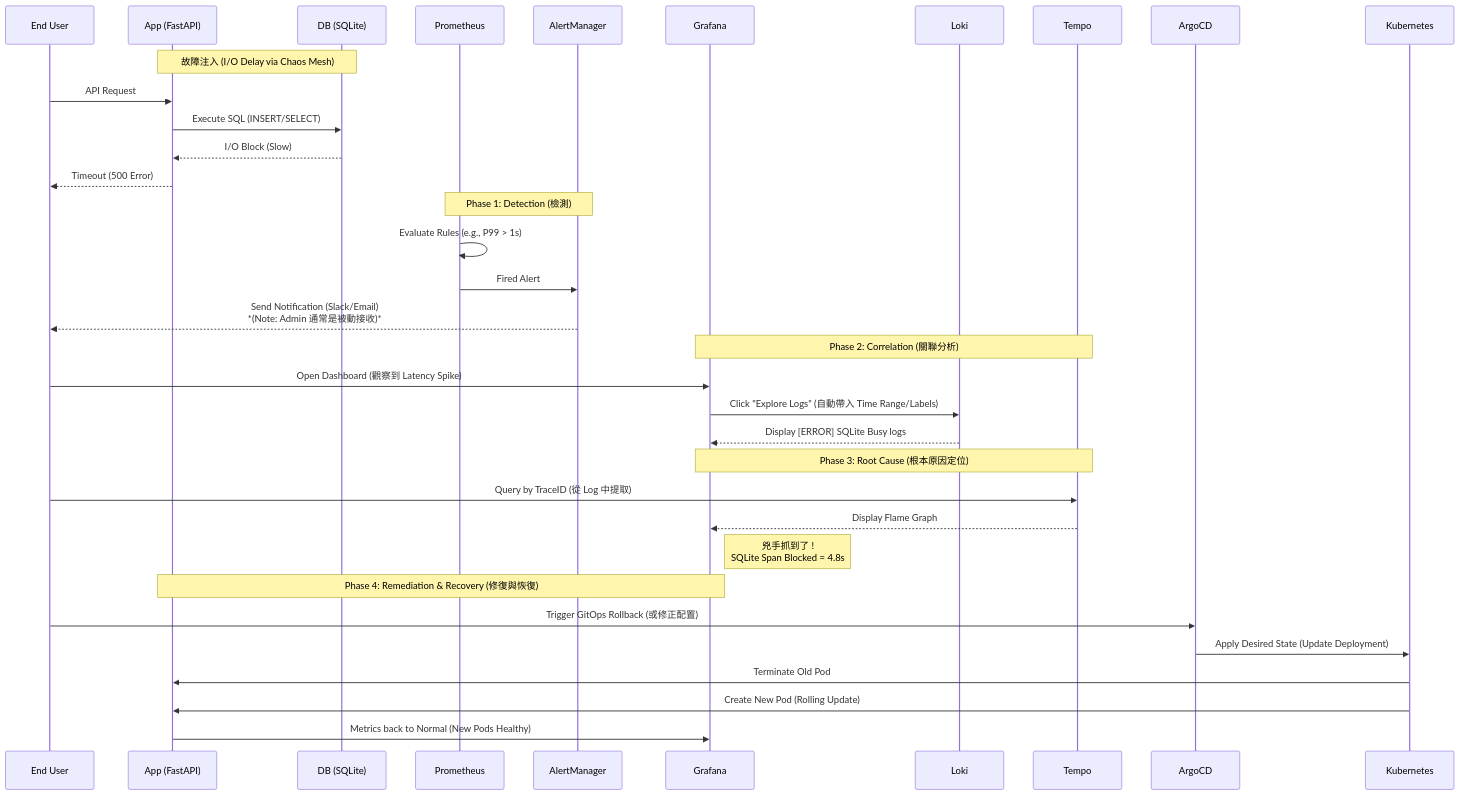
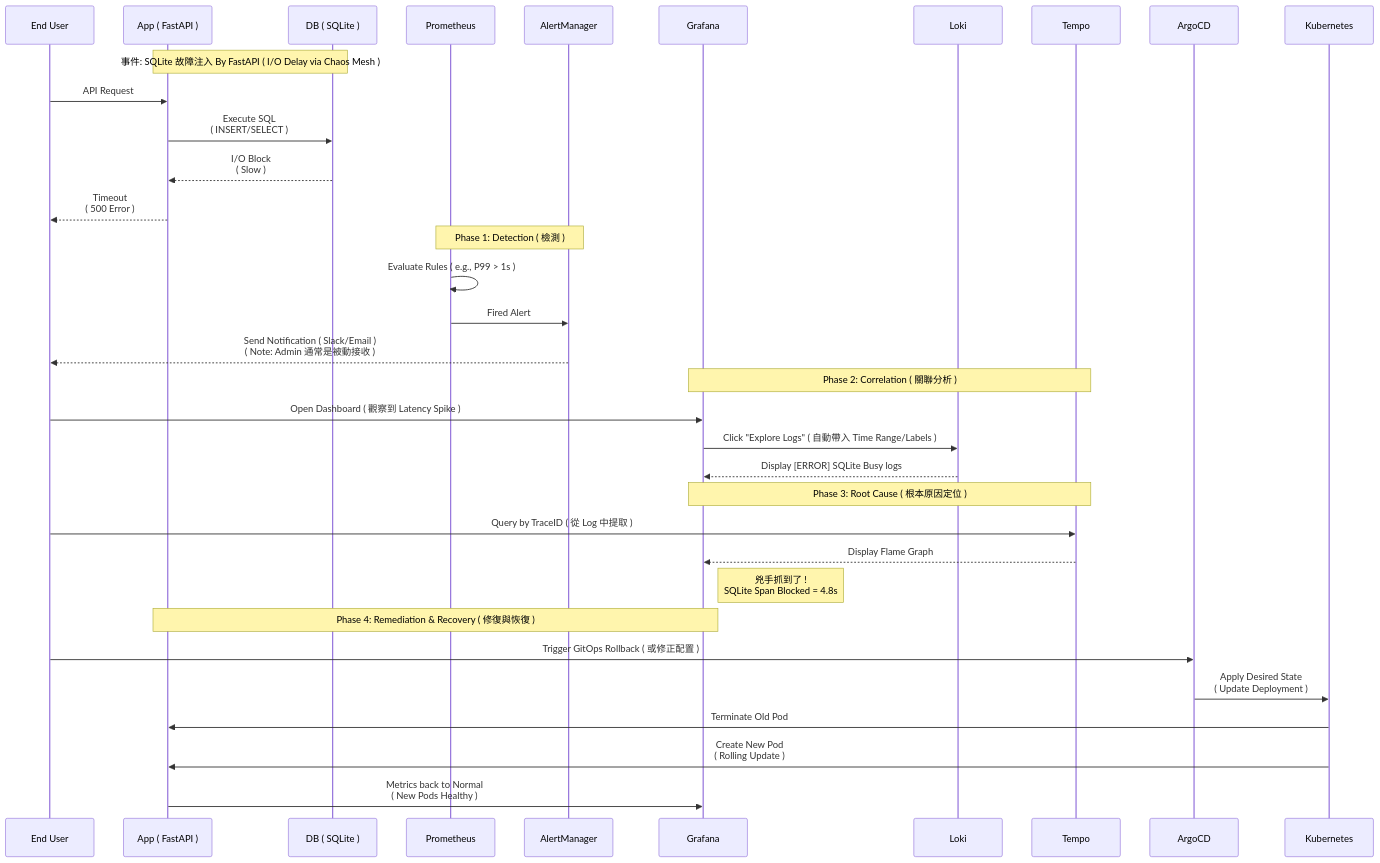
The diagram in docs/Observability-Platform-Validation.md (Junwu0615/Platform-Genesis), drawn with Mermaid before and after one commit. The commit also changed other lines of this file, not shown here.

Commit message:
update somethings

````diff
--- a/docs/Observability-Platform-Validation.md
+++ b/docs/Observability-Platform-Validation.md
@@ -273,41 +231,41 @@
 ```mermaid
 sequenceDiagram
     participant User as End User
-    participant App as App (FastAPI)
-    participant DB as DB (SQLite)
+    participant App as App ( FastAPI )
+    participant DB as DB ( SQLite )
     participant P as Prometheus
     participant A as AlertManager
     participant G as Grafana
     participant L as Loki
     participant T as Tempo
     participant Argo as ArgoCD
     participant K8s as Kubernetes
 
-    Note over App, DB: 故障注入 (I/O Delay via Chaos Mesh)
+    Note over App, DB: 事件: SQLite 故障注入 By FastAPI ( I/O Delay via Chaos Mesh )
     User->>App: API Request
-    App->>DB: Execute SQL (INSERT/SELECT)
-    DB-->>App: I/O Block (Slow)
-    App-->>User: Timeout (500 Error)
+    App->>DB: Execute SQL<br>( INSERT/SELECT )
+    DB-->>App: I/O Block<br>( Slow )
+    App-->>User: Timeout<br>( 500 Error )
 
-    Note over P, A: Phase 1: Detection (檢測)
-    P->>P: Evaluate Rules (e.g., P99 > 1s)
+    Note over P, A: Phase 1: Detection ( 檢測 )
+    P->>P: Evaluate Rules ( e.g., P99 > 1s )
     P->>A: Fired Alert
-    A-->>User: Send Notification (Slack/Email)<br/>*(Note: Admin 通常是被動接收)*
+    A-->>User: Send Notification ( Slack/Email )<br/>( Note: Admin 通常是被動接收 )
 
-    Note over G, T: Phase 2: Correlation (關聯分析)
-    User->>G: Open Dashboard (觀察到 Latency Spike)
-    G->>L: Click "Explore Logs" (自動帶入 Time Range/Labels)
+    Note over G, T: Phase 2: Correlation ( 關聯分析 )
+    User->>G: Open Dashboard ( 觀察到 Latency Spike )
+    G->>L: Click "Explore Logs" ( 自動帶入 Time Range/Labels )
     L-->>G: Display [ERROR] SQLite Busy logs
 
-    Note over G, T: Phase 3: Root Cause (根本原因定位)
-    User->>T: Query by TraceID (從 Log 中提取)
+    Note over G, T: Phase 3: Root Cause ( 根本原因定位 )
+    User->>T: Query by TraceID ( 從 Log 中提取 )
     T-->>G: Display Flame Graph
     Note right of G: 兇手抓到了 !<br/>SQLite Span Blocked = 4.8s
 
-    Note over App, G: Phase 4: Remediation & Recovery (修復與恢復)
-    User->>Argo: Trigger GitOps Rollback (或修正配置)
-    Argo->>K8s: Apply Desired State (Update Deployment)
+    Note over App, G: Phase 4: Remediation & Recovery ( 修復與恢復 )
+    User->>Argo: Trigger GitOps Rollback ( 或修正配置 )
+    Argo->>K8s: Apply Desired State<br>( Update Deployment )
     K8s->>App: Terminate Old Pod
-    K8s->>App: Create New Pod (Rolling Update)
-    App->>G: Metrics back to Normal (New Pods Healthy)
+    K8s->>App: Create New Pod<br>( Rolling Update )
+    App->>G: Metrics back to Normal<br>( New Pods Healthy )
 ```
````
